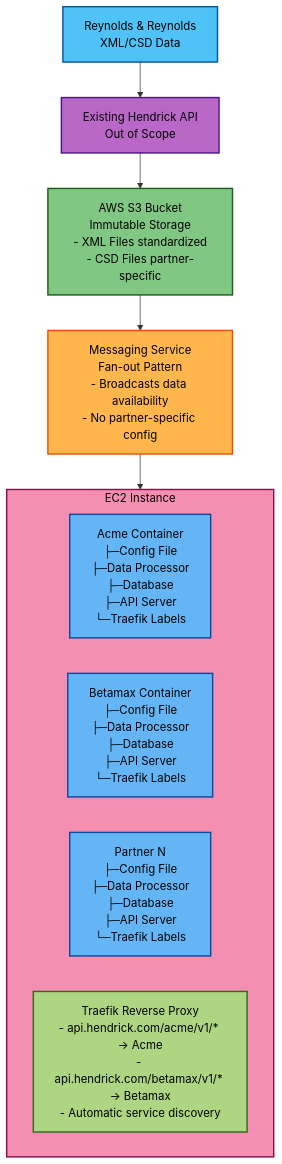
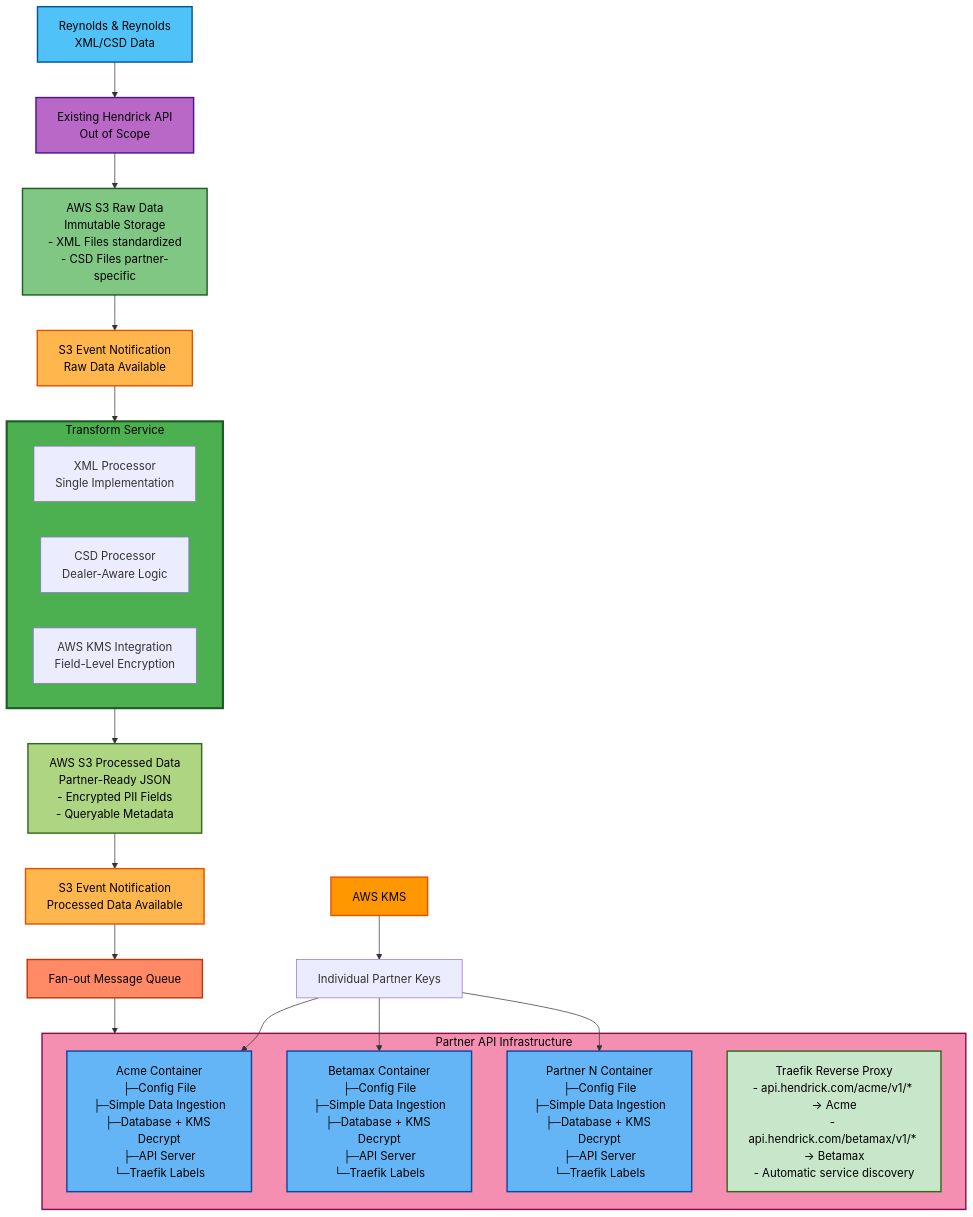
One commit to Hendrick/hendrick-data-api changed the first of 5 diagrams in TECHNICAL_PLANNING.md. Above: the diagram before and after it, drawn with Mermaid. The commit also changed other lines of this file, not shown here.

First line of the commit message:
Major architectural update: Centralized transformation, field-level encryption, and AWS KMS integration

````diff
--- a/TECHNICAL_PLANNING.md
+++ b/TECHNICAL_PLANNING.md
@@ -117,24 +117,47 @@
 ```mermaid
 flowchart TD
     A[Reynolds & Reynolds<br/>XML/CSD Data] --> B[Existing Hendrick API<br/>Out of Scope]
-    B --> C[AWS S3 Bucket<br/>Immutable Storage<br/>- XML Files standardized<br/>- CSD Files partner-specific]
-    C --> D[Messaging Service<br/>Fan-out Pattern<br/>- Broadcasts data availability<br/>- No partner-specific config]
-    D --> E[EC2 Instance Docker + Traefik]
+    B --> C[AWS S3 Raw Data<br/>Immutable Storage<br/>- XML Files standardized<br/>- CSD Files partner-specific]
     
-    subgraph E[EC2 Instance]
-        F[Acme Container<br/>├─Config File<br/>├─Data Processor<br/>├─Database<br/>├─API Server<br/>└─Traefik Labels]
-        G[Betamax Container<br/>├─Config File<br/>├─Data Processor<br/>├─Database<br/>├─API Server<br/>└─Traefik Labels]
-        H[Partner N<br/>├─Config File<br/>├─Data Processor<br/>├─Database<br/>├─API Server<br/>└─Traefik Labels]
-        I[Traefik Reverse Proxy<br/>- api.hendrick.com/acme/v1/* → Acme<br/>- api.hendrick.com/betamax/v1/* → Betamax<br/>- Automatic service discovery]
+    C --> D[S3 Event Notification<br/>Raw Data Available]
+    D --> E[Centralized Transform Service]
+    
+    subgraph E[Transform Service]
+        F[XML Processor<br/>Single Implementation]
+        G[CSD Processor<br/>Dealer-Aware Logic]
+        H[AWS KMS Integration<br/>Field-Level Encryption]
     end
+    
+    E --> I[AWS S3 Processed Data<br/>Partner-Ready JSON<br/>- Encrypted PII Fields<br/>- Queryable Metadata]
+    I --> J[S3 Event Notification<br/>Processed Data Available]
+    J --> K[Fan-out Message Queue]
+    
+    K --> L[EC2 Instance Docker + Traefik]
+    
+    subgraph L[Partner API Infrastructure]
+        M[Acme Container<br/>├─Config File<br/>├─Simple Data Ingestion<br/>├─Database + KMS Decrypt<br/>├─API Server<br/>└─Traefik Labels]
+        N[Betamax Container<br/>├─Config File<br/>├─Simple Data Ingestion<br/>├─Database + KMS Decrypt<br/>├─API Server<br/>└─Traefik Labels]
+        O[Partner N Container<br/>├─Config File<br/>├─Simple Data Ingestion<br/>├─Database + KMS Decrypt<br/>├─API Server<br/>└─Traefik Labels]
+        P[Traefik Reverse Proxy<br/>- api.hendrick.com/acme/v1/* → Acme<br/>- api.hendrick.com/betamax/v1/* → Betamax<br/>- Automatic service discovery]
+    end
+    
+    Q[AWS KMS] --> R[Individual Partner Keys]
+    R --> M
+    R --> N
+    R --> O
     
     style A fill:#4fc3f7,stroke:#01579b,stroke-width:2px,color:#000
     style B fill:#ba68c8,stroke:#4a148c,stroke-width:2px,color:#000
     style C fill:#81c784,stroke:#1b5e20,stroke-width:2px,color:#000
     style D fill:#ffb74d,stroke:#e65100,stroke-width:2px,color:#000
-    style E fill:#f48fb1,stroke:#880e4f,stroke-width:2px,color:#000
-    style F fill:#64b5f6,stroke:#0d47a1,stroke-width:2px,color:#000
-    style G fill:#64b5f6,stroke:#0d47a1,stroke-width:2px,color:#000
-    style H fill:#64b5f6,stroke:#0d47a1,stroke-width:2px,color:#000
+    style E fill:#4caf50,stroke:#1b5e20,stroke-width:3px,color:#000
     style I fill:#aed581,stroke:#33691e,stroke-width:2px,color:#000
+    style J fill:#ffb74d,stroke:#e65100,stroke-width:2px,color:#000
+    style K fill:#ff8a65,stroke:#bf360c,stroke-width:2px,color:#000
+    style L fill:#f48fb1,stroke:#880e4f,stroke-width:2px,color:#000
+    style Q fill:#ff9800,stroke:#e65100,stroke-width:2px,color:#000
+    style M fill:#64b5f6,stroke:#0d47a1,stroke-width:2px,color:#000
+    style N fill:#64b5f6,stroke:#0d47a1,stroke-width:2px,color:#000
+    style O fill:#64b5f6,stroke:#0d47a1,stroke-width:2px,color:#000
+    style P fill:#c8e6c9,stroke:#33691e,stroke-width:2px,color:#000
 ```
````
